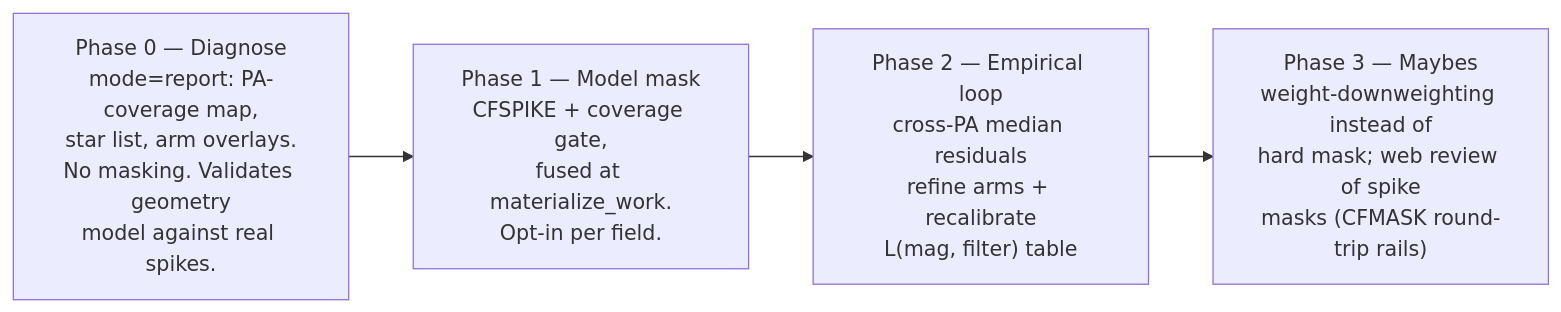
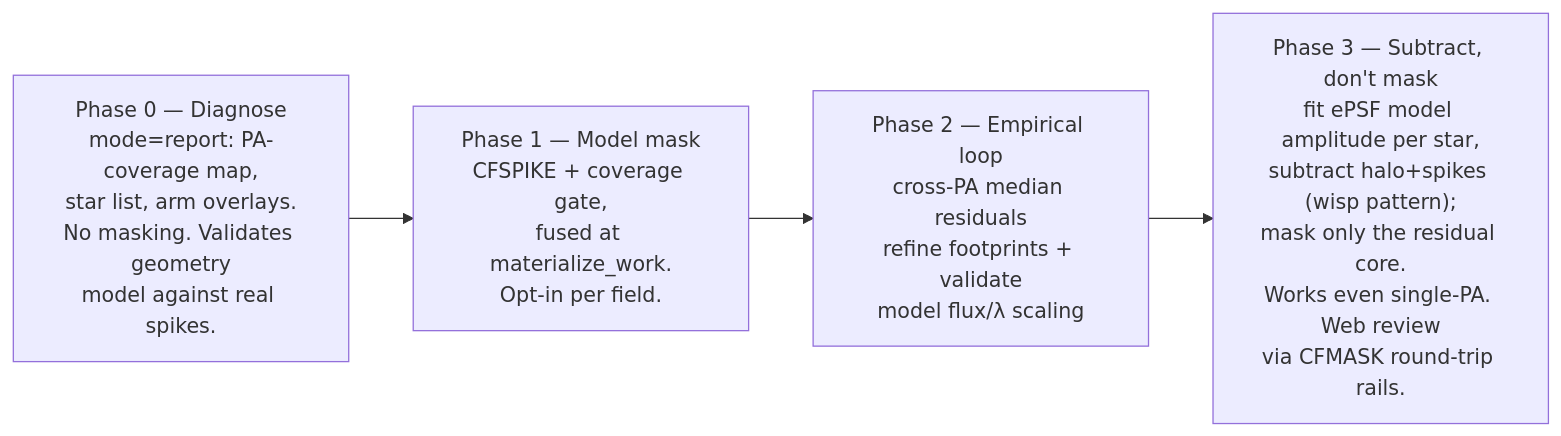
The fourth of 4 diagrams in docs/design-nircam-spike-masking.md (hollisakins/campfire), drawn with Mermaid before and after one commit. The commit also changed other lines of this file, not shown here.

First line of the commit message:
Spike masking design: adopt extended-PSF isophote footprints as primary model

````diff
--- a/docs/design-nircam-spike-masking.md
+++ b/docs/design-nircam-spike-masking.md
@@ -268,8 +294,8 @@
 ```mermaid
 flowchart LR
     p0["Phase 0 — Diagnose<br/>mode=report: PA-coverage map,<br/>star list, arm overlays.<br/>No masking. Validates geometry<br/>model against real spikes."]
     p1["Phase 1 — Model mask<br/>CFSPIKE + coverage gate,<br/>fused at materialize_work.<br/>Opt-in per field."]
-    p2["Phase 2 — Empirical loop<br/>cross-PA median residuals<br/>refine arms + recalibrate<br/>L(mag, filter) table"]
-    p3["Phase 3 — Maybes<br/>weight-downweighting instead of<br/>hard mask; web review of spike<br/>masks (CFMASK round-trip rails)"]
+    p2["Phase 2 — Empirical loop<br/>cross-PA median residuals<br/>refine footprints + validate<br/>model flux/λ scaling"]
+    p3["Phase 3 — Subtract, don't mask<br/>fit ePSF model amplitude per star,<br/>subtract halo+spikes (wisp pattern);<br/>mask only the residual core.<br/>Works even single-PA. Web review<br/>via CFMASK round-trip rails."]
     p0 --> p1 --> p2 --> p3
 ```
````
